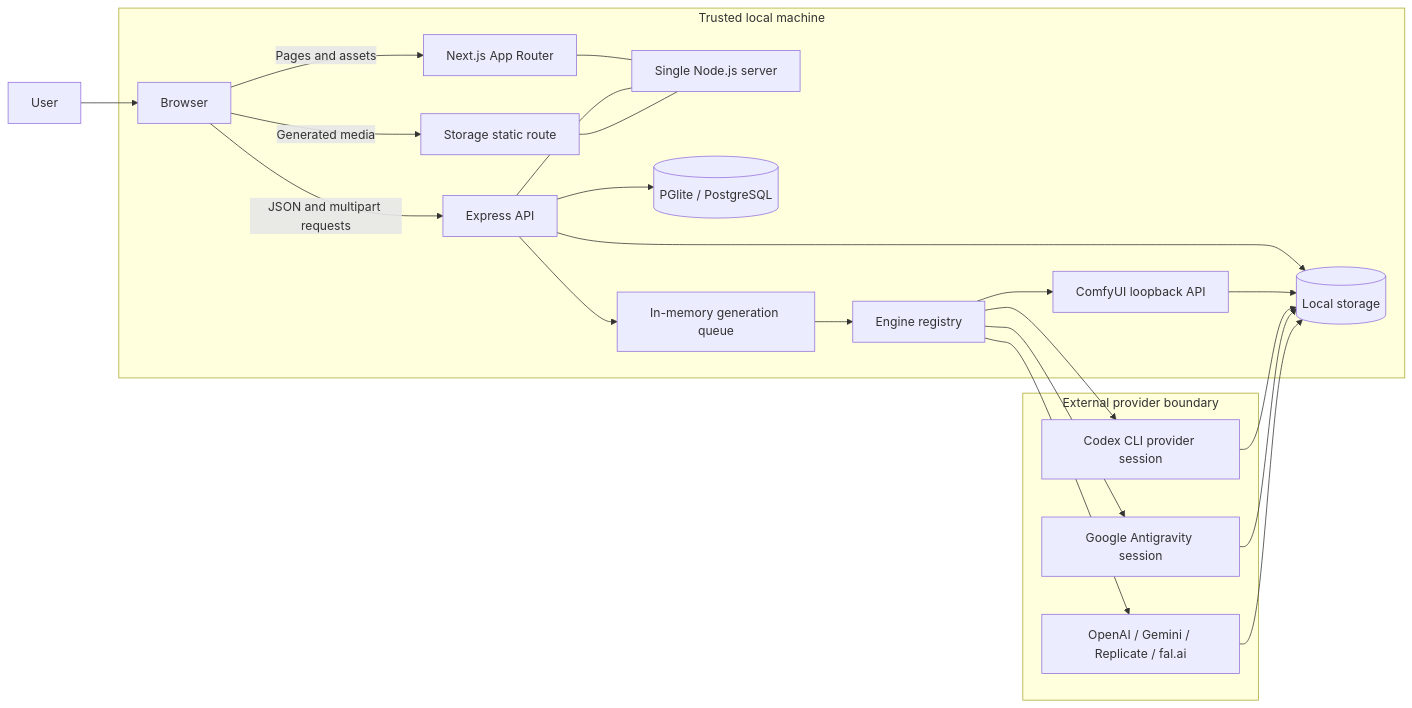
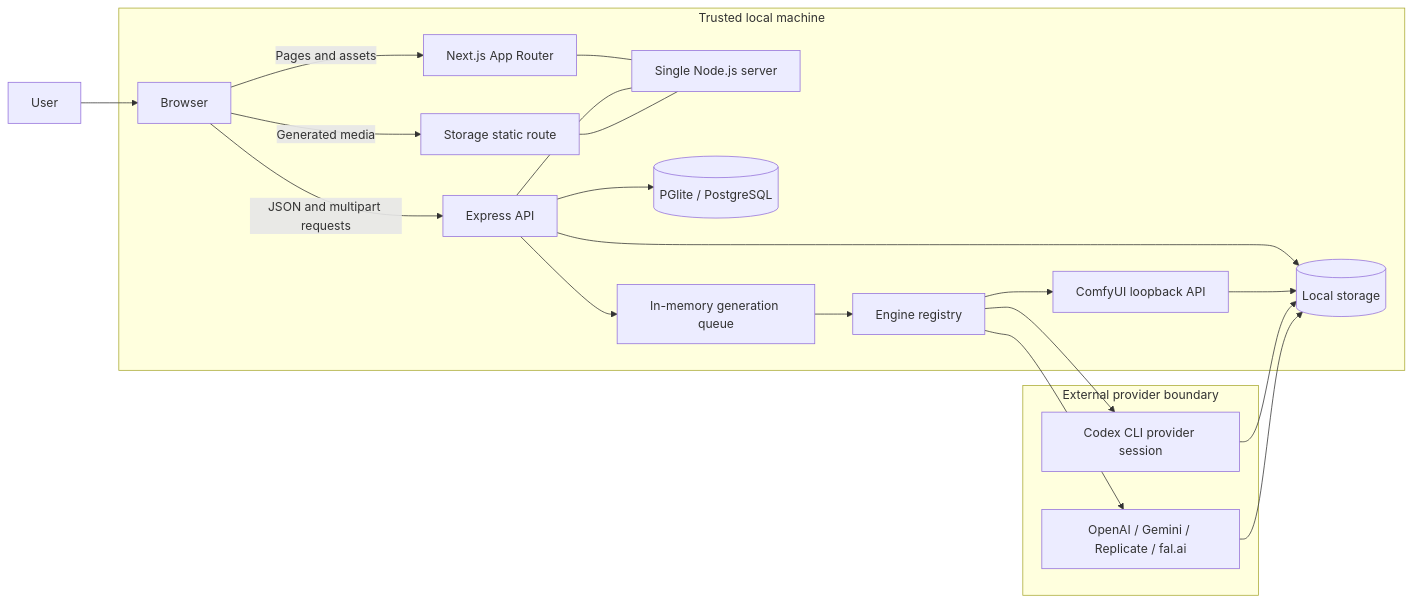
The first of 3 diagrams in ARCHITECTURE.md (vishwakulkarni/PoseForge), drawn with Mermaid before and after one commit. The commit also changed other lines of this file and 49 other files, not shown here.

First line of the commit message:
feat(engines)!: remove the Google Antigravity CLI engine

````diff
--- a/ARCHITECTURE.md
+++ b/ARCHITECTURE.md
@@ -40,31 +40,29 @@
 ```mermaid
 flowchart LR
   User[User] --> Browser[Browser]
 
   subgraph Local[Trusted local machine]
     Browser -->|Pages and assets| Next[Next.js App Router]
     Browser -->|JSON and multipart requests| API[Express API]
     Browser -->|Generated media| Static[Storage static route]
 
     Next --- Server[Single Node.js server]
     API --- Server
     Static --- Server
 
     API --> DB[(PGlite / PostgreSQL)]
     API --> Files[(Local storage)]
     API --> Queue[In-memory generation queue]
     Queue --> Registry[Engine registry]
     Registry --> Comfy[ComfyUI loopback API]
   end
 
   subgraph Providers[External provider boundary]
     Registry --> Codex[Codex CLI provider session]
-    Registry --> Agy[Google Antigravity session]
     Registry --> APIs[OpenAI / Gemini / Replicate / fal.ai]
   end
 
   Comfy --> Files
   Codex --> Files
-  Agy --> Files
   APIs --> Files
 ```
````
